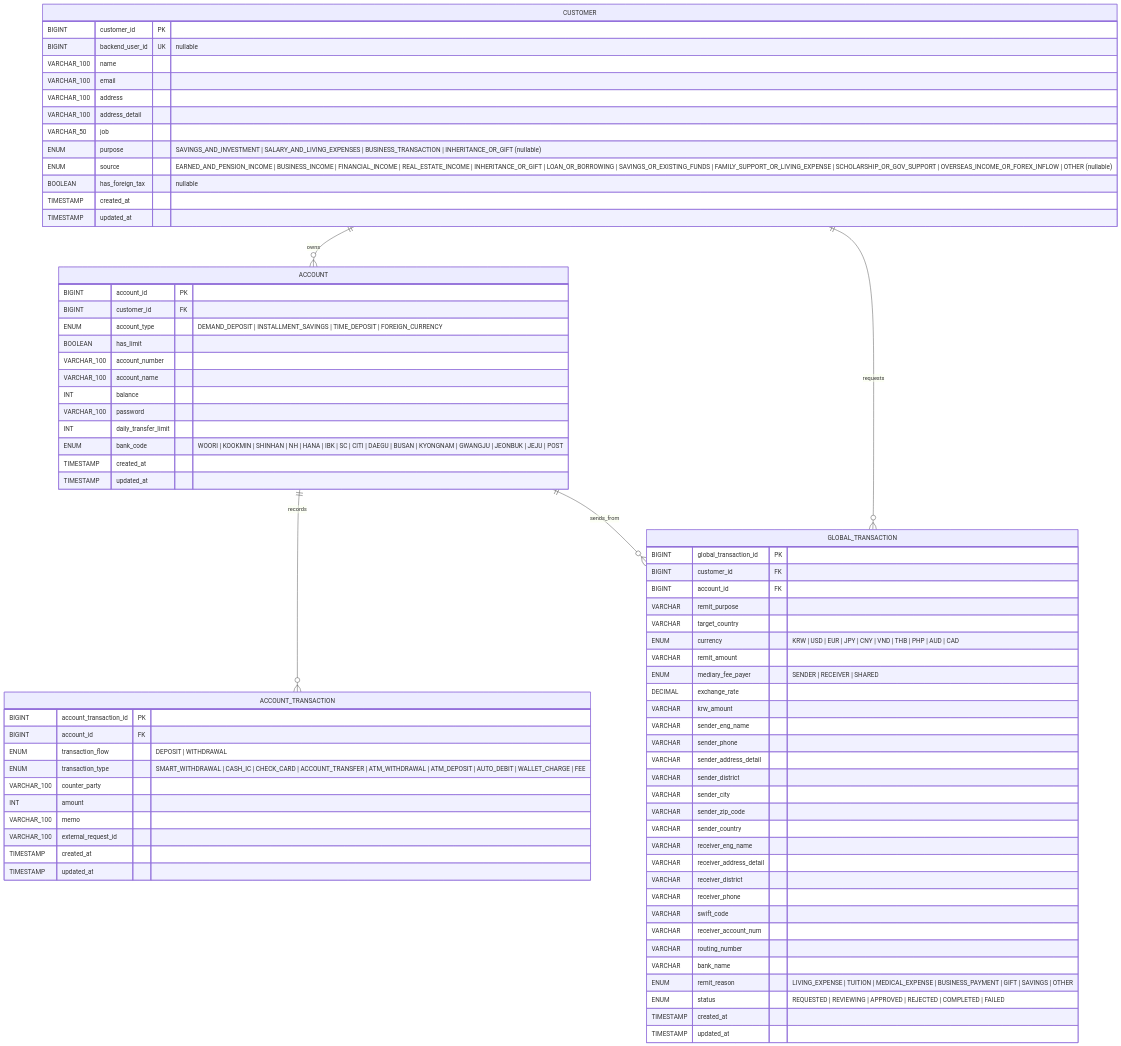
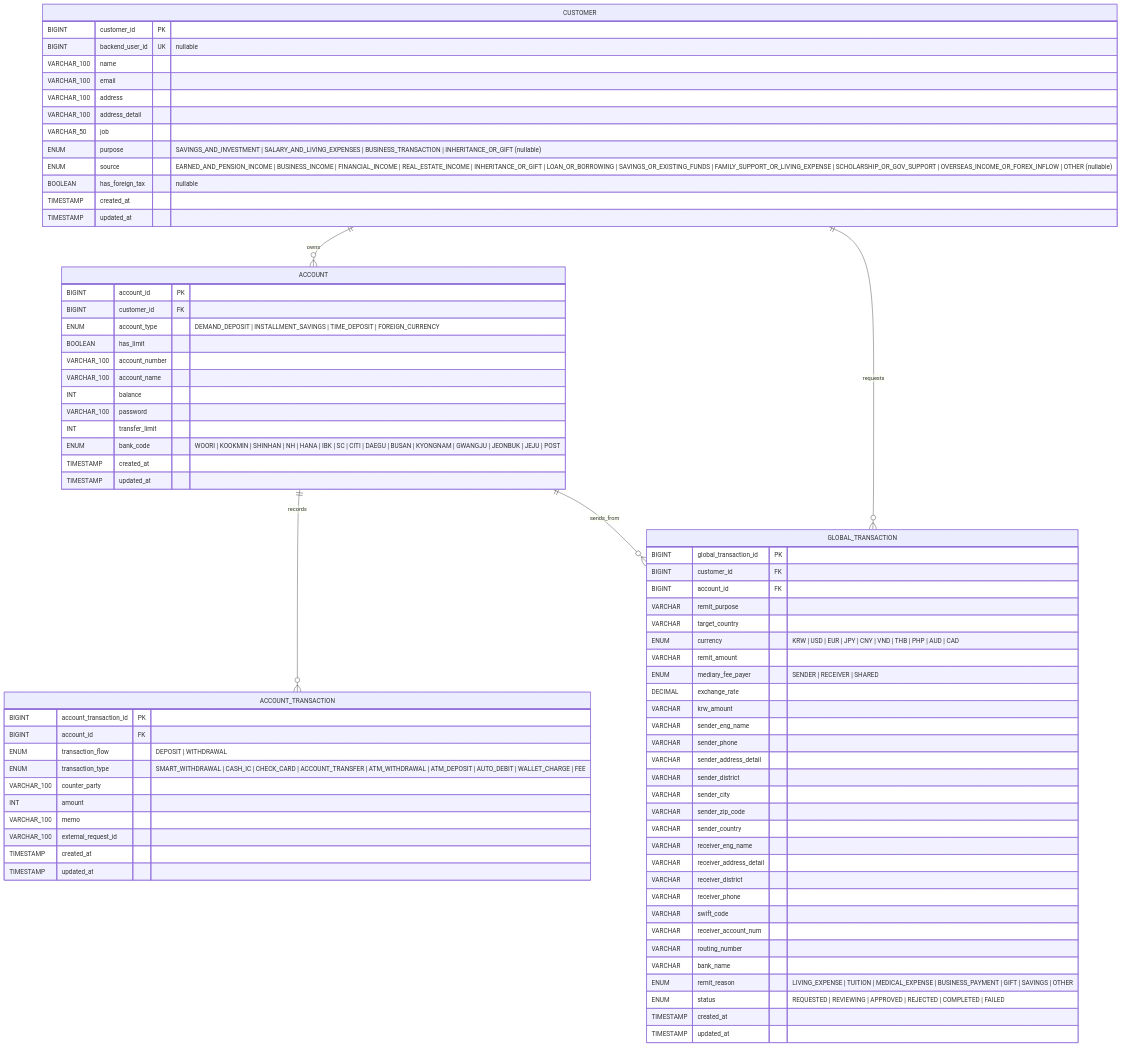
Before and after one commit to jaepar/NOVA: the diagram in coreBanking/docs/erd.md, drawn with Mermaid. The commit also changed 4 other files, not shown here.

````diff
--- a/coreBanking/docs/erd.md
+++ b/coreBanking/docs/erd.md
@@ -7,82 +7,82 @@
 ```mermaid
 erDiagram
   CUSTOMER {
     BIGINT customer_id PK
     BIGINT backend_user_id UK "nullable"
     VARCHAR_100 name
     VARCHAR_100 email
     VARCHAR_100 address
     VARCHAR_100 address_detail
     VARCHAR_50 job
     ENUM purpose "SAVINGS_AND_INVESTMENT | SALARY_AND_LIVING_EXPENSES | BUSINESS_TRANSACTION | INHERITANCE_OR_GIFT (nullable)"
     ENUM source "EARNED_AND_PENSION_INCOME | BUSINESS_INCOME | FINANCIAL_INCOME | REAL_ESTATE_INCOME | INHERITANCE_OR_GIFT | LOAN_OR_BORROWING | SAVINGS_OR_EXISTING_FUNDS | FAMILY_SUPPORT_OR_LIVING_EXPENSE | SCHOLARSHIP_OR_GOV_SUPPORT | OVERSEAS_INCOME_OR_FOREX_INFLOW | OTHER (nullable)"
     BOOLEAN has_foreign_tax "nullable"
     TIMESTAMP created_at
     TIMESTAMP updated_at
   }
 
   ACCOUNT {
     BIGINT account_id PK
     BIGINT customer_id FK
     ENUM account_type "DEMAND_DEPOSIT | INSTALLMENT_SAVINGS | TIME_DEPOSIT | FOREIGN_CURRENCY"
     BOOLEAN has_limit
     VARCHAR_100 account_number
     VARCHAR_100 account_name
     INT balance
     VARCHAR_100 password
-    INT daily_transfer_limit
+    INT transfer_limit
     ENUM bank_code "WOORI | KOOKMIN | SHINHAN | NH | HANA | IBK | SC | CITI | DAEGU | BUSAN | KYONGNAM | GWANGJU | JEONBUK | JEJU | POST"
     TIMESTAMP created_at
     TIMESTAMP updated_at
   }
 
   ACCOUNT_TRANSACTION {
     BIGINT account_transaction_id PK
     BIGINT account_id FK
     ENUM transaction_flow "DEPOSIT | WITHDRAWAL"
     ENUM transaction_type "SMART_WITHDRAWAL | CASH_IC | CHECK_CARD | ACCOUNT_TRANSFER | ATM_WITHDRAWAL | ATM_DEPOSIT | AUTO_DEBIT | WALLET_CHARGE | FEE"
     VARCHAR_100 counter_party
     INT amount
     VARCHAR_100 memo
     VARCHAR_100 external_request_id
     TIMESTAMP created_at
     TIMESTAMP updated_at
   }
 
   GLOBAL_TRANSACTION {
     BIGINT global_transaction_id PK
     BIGINT customer_id FK
     BIGINT account_id FK
     VARCHAR remit_purpose
     VARCHAR target_country
     ENUM currency "KRW | USD | EUR | JPY | CNY | VND | THB | PHP | AUD | CAD"
     VARCHAR remit_amount
     ENUM mediary_fee_payer "SENDER | RECEIVER | SHARED"
     DECIMAL exchange_rate
     VARCHAR krw_amount
     VARCHAR sender_eng_name
     VARCHAR sender_phone
     VARCHAR sender_address_detail
     VARCHAR sender_district
     VARCHAR sender_city
     VARCHAR sender_zip_code
     VARCHAR sender_country
     VARCHAR receiver_eng_name
     VARCHAR receiver_address_detail
     VARCHAR receiver_district
     VARCHAR receiver_phone
     VARCHAR swift_code
     VARCHAR receiver_account_num
     VARCHAR routing_number
     VARCHAR bank_name
     ENUM remit_reason "LIVING_EXPENSE | TUITION | MEDICAL_EXPENSE | BUSINESS_PAYMENT | GIFT | SAVINGS | OTHER"
     ENUM status "REQUESTED | REVIEWING | APPROVED | REJECTED | COMPLETED | FAILED"
     TIMESTAMP created_at
     TIMESTAMP updated_at
   }
 
   CUSTOMER ||--o{ ACCOUNT : owns
   ACCOUNT ||--o{ ACCOUNT_TRANSACTION : records
   CUSTOMER ||--o{ GLOBAL_TRANSACTION : requests
   ACCOUNT ||--o{ GLOBAL_TRANSACTION : sends_from
 ```
````
